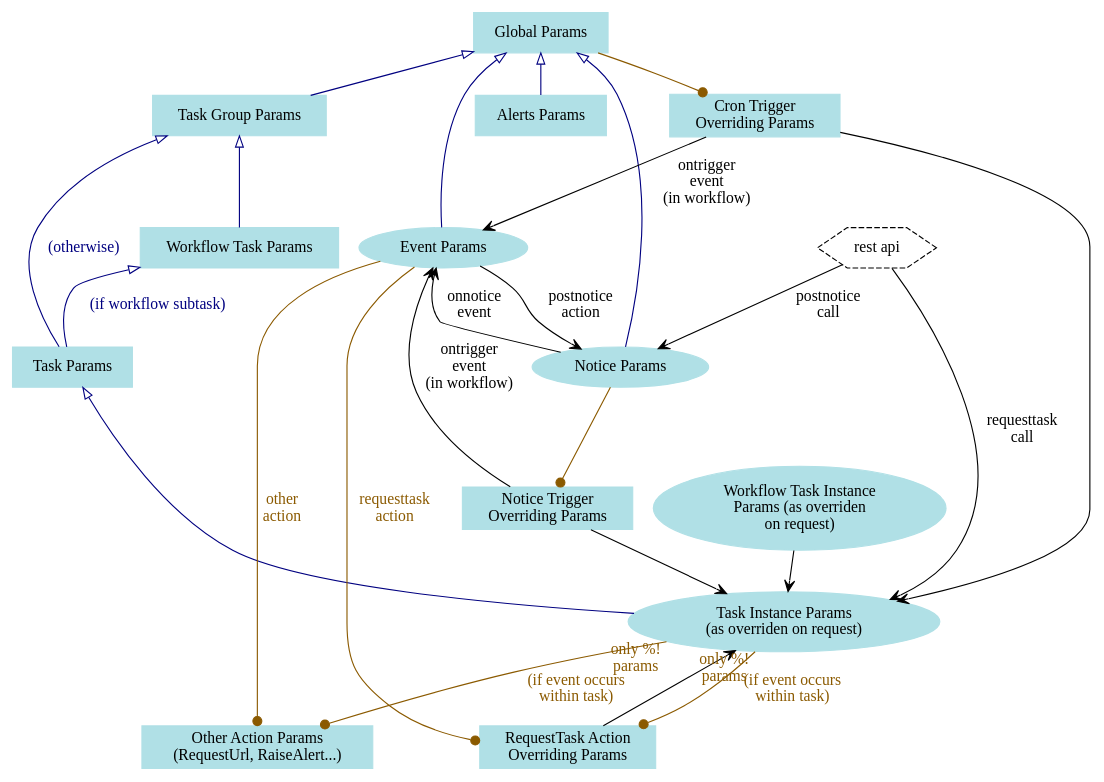
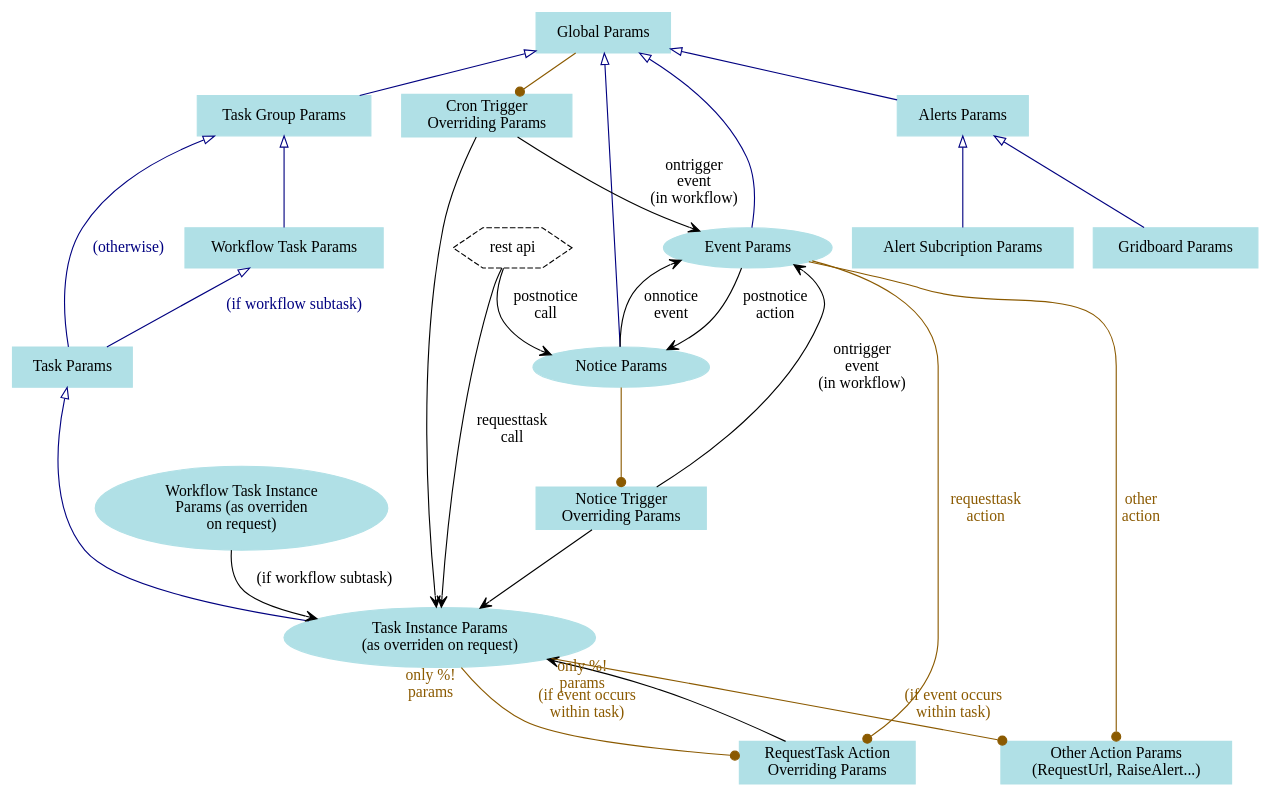
Before and after one commit to g76r/qron: the diagram in doc/paramset_hierarchy.dot, drawn with Graphviz.

Commit message:
doc: updated alerts paramsets

```diff
--- a/doc/paramset_hierarchy.dot
+++ b/doc/paramset_hierarchy.dot
@@ -1,62 +1,65 @@
 graph g {
 
 // configuration objects carrying params
 node [shape=box,style=filled,color=powderblue]
 global [label="Global Params"]
 workflowtask [label="Workflow Task Params"]
 taskgroup [label="Task Group Params"]
 task [label="Task Params"]
 noticetrigger [label="Notice Trigger\nOverriding Params"]
 crontrigger [label="Cron Trigger\nOverriding Params"]
 requesttaskaction [label="RequestTask Action\nOverriding Params"]
 otheraction [label="Other Action Params\n(RequestUrl, RaiseAlert...)"]
 alerts [label="Alerts Params"]
 //webconsole [label="Web Console Params"]
+alertsub [label="Alert Subcription Params"]
+gridboard [label="Gridboard Params"]
 
 // runtime objects carrying params
 node [shape=ellipse]
 taskinstance [label="Task Instance Params\n(as overriden on request)"]
 workflowtaskinstance [label="Workflow Task Instance\nParams (as overriden\non request)"]
 event [label="Event Params"]
 notice [label="Notice Params"]
 
 // actors
 node [shape=hexagon,style=dashed,color=""]
 restapi [label="REST API"]
 //time [label="time"]
 
 // ParamSet inheritage (mostly in configuration)
 edge [dir=back,arrowtail=onormal,color=navy,fontcolor=navy]
 global -- taskgroup -- workflowtask
 workflowtask -- task [label="(if workflow subtask)"]
 taskgroup -- task [label="(otherwise)"]
 task -- taskinstance
 global -- event
 global -- notice
-global -- alerts
+global -- alerts -- alertsub
+alerts -- gridboard
 //global -- webconsole
 
 // parameter injection at runtime
 edge [dir=forward,arrowhead=vee,color=black,fontcolor=black]
-workflowtaskinstance -- taskinstance
+workflowtaskinstance -- taskinstance [label="(if workflow subtask)"]
 crontrigger -- taskinstance
 noticetrigger -- taskinstance
 event -- notice [label="postnotice\naction"]
 notice -- event [label="onnotice\nevent"]
 restapi [label="rest api"]
 restapi -- notice [label="postnotice\ncall"]
 requesttaskaction -- taskinstance
 restapi -- taskinstance [label="requesttask\ncall"]
 //time -- crontrigger
 crontrigger -- event [label="ontrigger\nevent\n(in workflow)"]
 noticetrigger -- event [label="ontrigger\nevent\n(in workflow)"]
 
 // context for parameters evaluation
 edge [dir=forward,arrowhead=dot,color=orange4,fontcolor=orange4]
 notice -- noticetrigger
 global -- crontrigger
 event -- requesttaskaction [label="requesttask\naction"]
 taskinstance -- requesttaskaction [label="(if event occurs\nwithin task)",weight=0,taillabel="only %!\nparams"]
 event -- otheraction [label="other\naction"]
 taskinstance -- otheraction [label="(if event occurs\nwithin task)",weight=0,taillabel="only %!\nparams"]
 }
```
